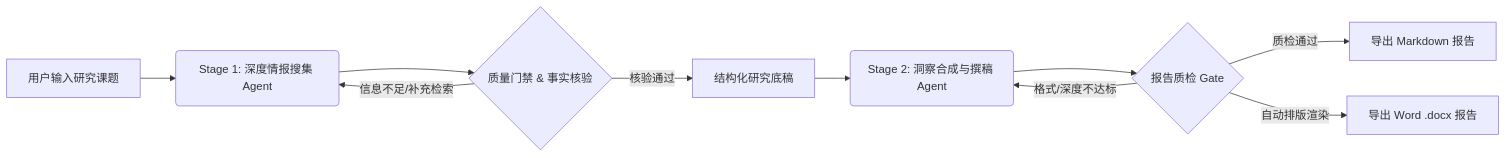
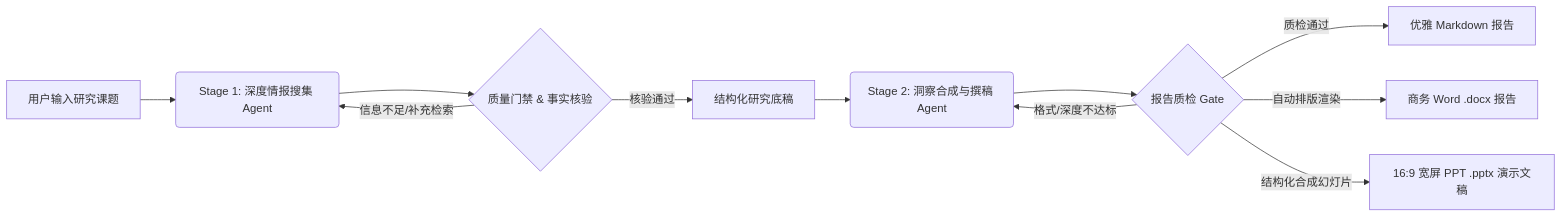
The diagram in README.md (sxxcwj/insight-synthesis-crew), drawn with Mermaid before and after one commit. The commit also changed other lines of this file and 7 other files, not shown here.

````diff
--- a/README.md
+++ b/README.md
@@ -33,12 +36,13 @@
 ```mermaid
 graph LR
     A[用户输入研究课题] --> B(Stage 1: 深度情报搜集 Agent)
     B --> C{质量门禁 & 事实核验}
     C -- 信息不足/补充检索 --> B
     C -- 核验通过 --> D[结构化研究底稿]
     D --> E(Stage 2: 洞察合成与撰稿 Agent)
     E --> F{报告质检 Gate}
     F -- 格式/深度不达标 --> E
-    F -- 质检通过 --> G[导出 Markdown 报告]
-    F -- 自动排版渲染 --> H[导出 Word .docx 报告]
+    F -- 质检通过 --> G[优雅 Markdown 报告]
+    F -- 自动排版渲染 --> H[商务 Word .docx 报告]
+    F -- 结构化合成幻灯片 --> I[16:9 宽屏 PPT .pptx 演示文稿]
 ```
````
